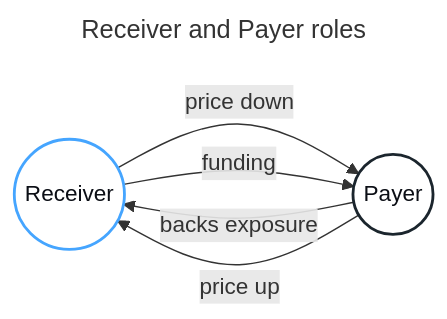
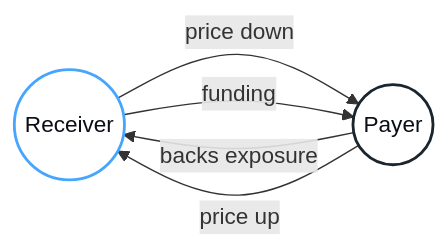
One commit to Null-Solutions/v1-docs changed the diagram in diagrams/receiver-payer-flow.mmd. Above: the diagram before and after it, drawn with Mermaid. The commit also changed 24 other files, not shown here.

Commit message:
Update docs diagram assets

```diff
--- a/diagrams/receiver-payer-flow.mmd
+++ b/diagrams/receiver-payer-flow.mmd
@@ -1,16 +1,13 @@
----
-title: Receiver and Payer roles
----
 flowchart LR
   receiver(("Receiver"))
   payer(("Payer"))
 
   payer -- "backs exposure" --> receiver
   payer -- "price up" --> receiver
   receiver -- "price down" --> payer
   receiver -- "funding" --> payer
 
   classDef receiver fill:#FFFFFF,color:#0B0E15,stroke:#45A5FF,stroke-width:2px;
   classDef payer fill:#FFFFFF,color:#0B0E15,stroke:#1B252D,stroke-width:2px;
   class receiver receiver;
   class payer payer;
```
